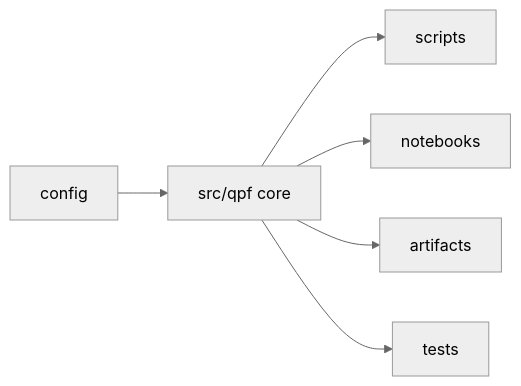
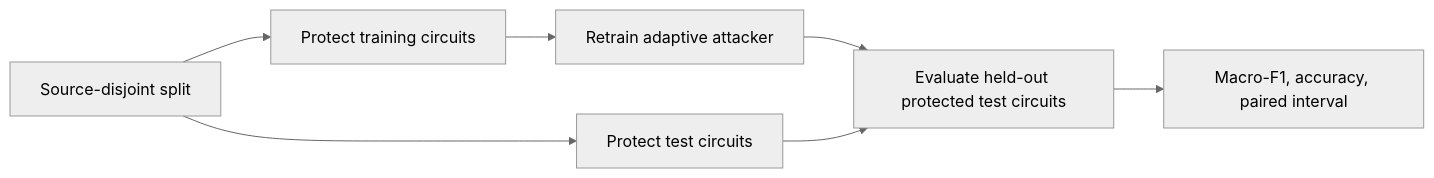
The fifth of 5 diagrams in README.md (Usainbond007/Quantum-Privacy-Firewall), drawn with Mermaid (neutral theme) before and after one commit. The commit also changed other lines of this file, not shown here.

````diff
--- a/README.md
+++ b/README.md
@@ -286,8 +175,9 @@
 ```mermaid
 flowchart LR
-    A[config] --> B[src/qpf core]
-    B --> C[scripts]
-    B --> D[notebooks]
-    B --> E[artifacts]
-    B --> F[tests]
+    A[Source-disjoint split] --> B[Protect training circuits]
+    A --> C[Protect test circuits]
+    B --> D[Retrain adaptive attacker]
+    D --> E[Evaluate held-out protected test circuits]
+    C --> E
+    E --> F[Macro-F1, accuracy, paired interval]
 ```
````
